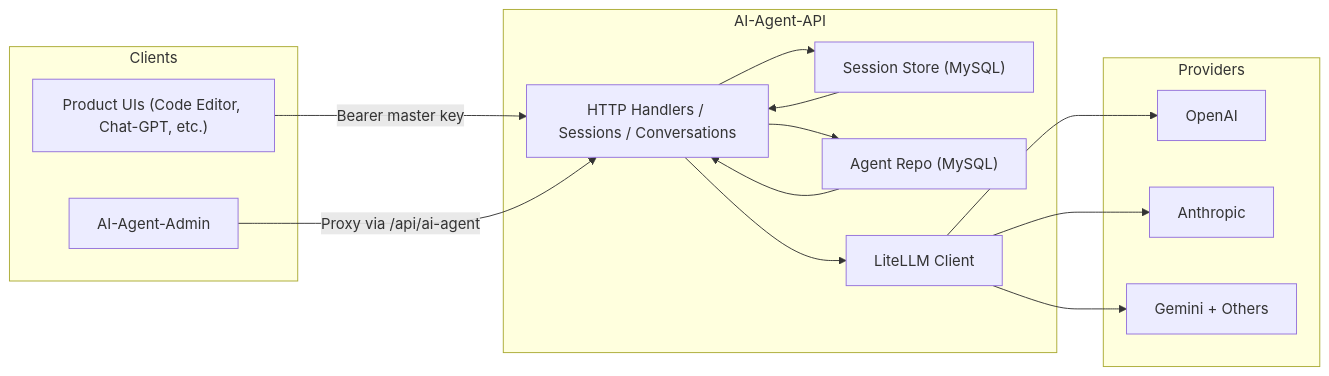
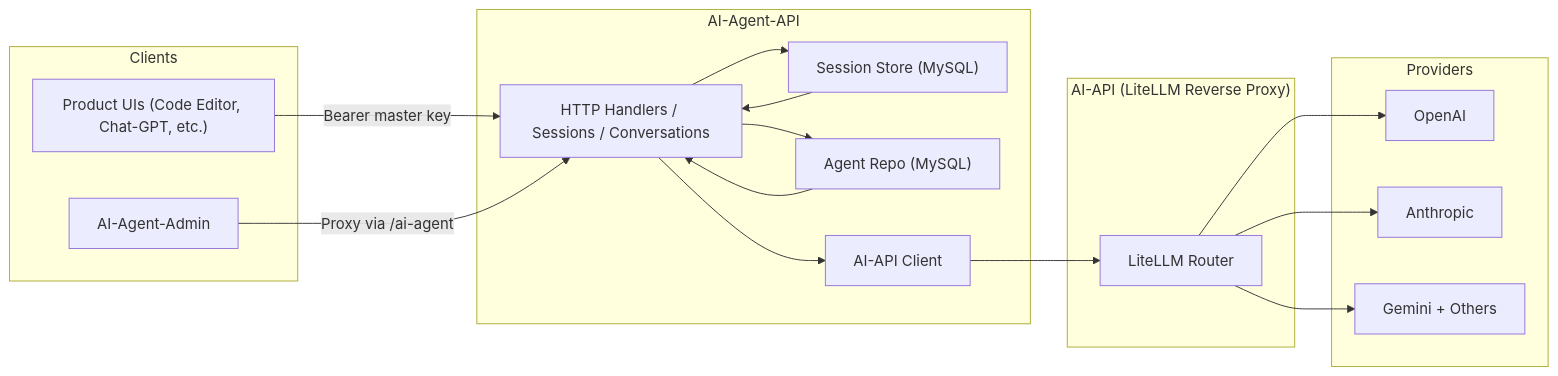
The diagram in projects/ai-agent-api.md (photodialectic/git-blog), drawn with Mermaid before and after one commit.

Commit message:
more charts

````diff
--- a/projects/ai-agent-api.md
+++ b/projects/ai-agent-api.md
@@ -12,31 +12,36 @@
 ```mermaid
 graph LR
     subgraph Clients
         A["Product UIs (Code Editor, Chat-GPT, etc.)"]
         B["AI-Agent-Admin"]
     end
 
-    subgraph API["AI-Agent-API"]
+    subgraph AgentAPI["AI-Agent-API"]
         C["HTTP Handlers / Sessions / Conversations"]
         D["Session Store (MySQL)"]
         E["Agent Repo (MySQL)"]
-        F["LiteLLM Client"]
+        F["AI-API Client"]
+    end
+
+    subgraph AIAPI["AI-API (LiteLLM Reverse Proxy)"]
+        G["LiteLLM Router"]
     end
 
     subgraph Providers
-        G["OpenAI"]
-        H["Anthropic"]
-        I["Gemini + Others"]
+        H["OpenAI"]
+        I["Anthropic"]
+        J["Gemini + Others"]
     end
 
     A -->|Bearer master key| C
-    B -->|Proxy via /api/ai-agent| C
+    B -->|Proxy via /ai-agent| C
     C --> D
     C --> E
     C --> F
     F --> G
-    F --> H
-    F --> I
+    G --> H
+    G --> I
+    G --> J
     D --> C
     E --> C
 ```
````
